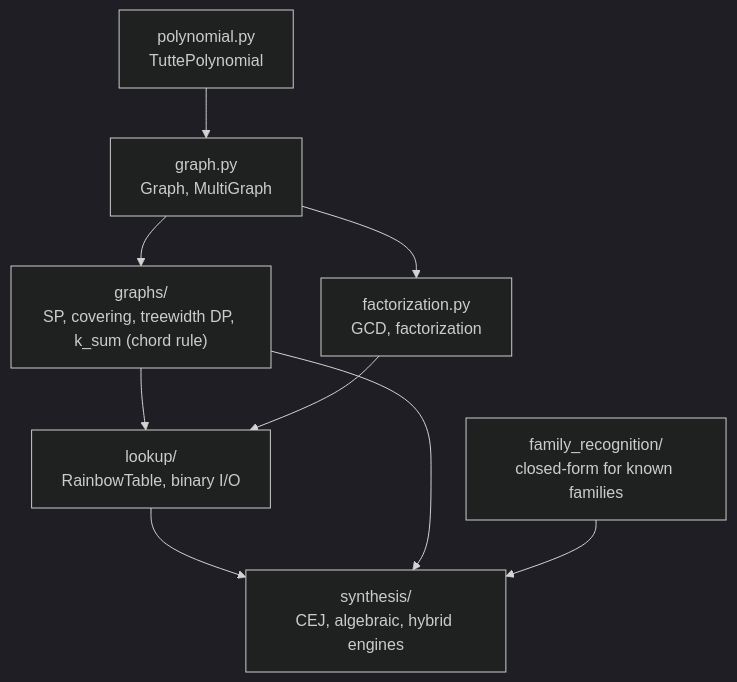
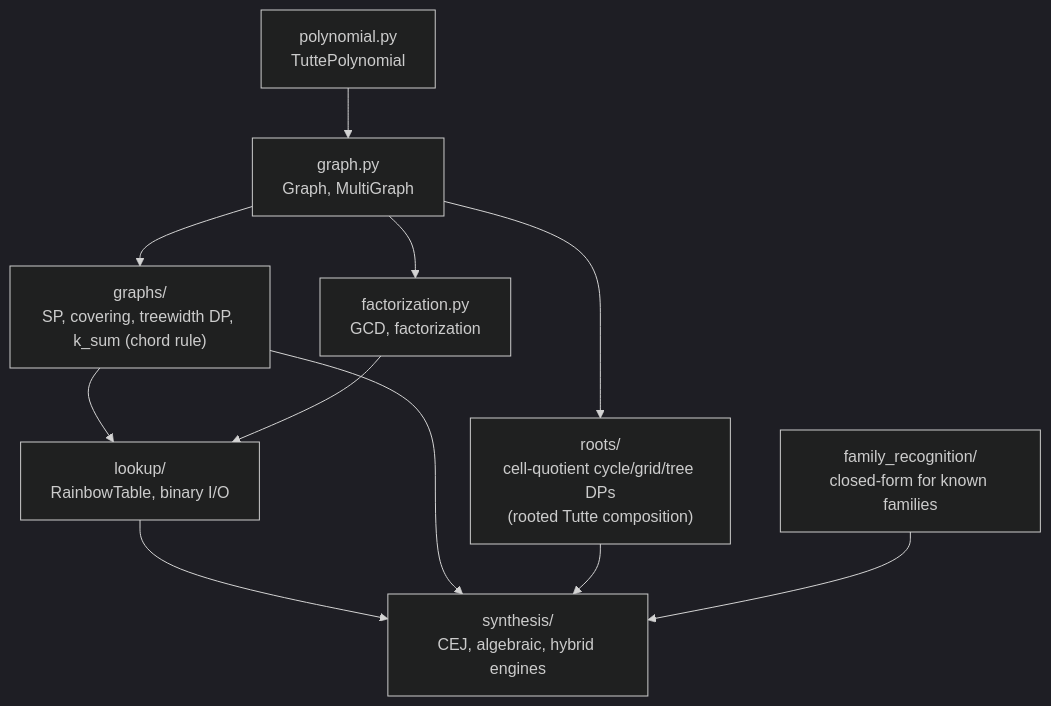
The first of 2 diagrams in tutte/README.md (QuipNetwork/quip-protocol), drawn with Mermaid (dark theme) before and after one commit. The commit also changed other lines of this file and 27 other files, not shown here.

Commit message:
Add new cell quotient paths and optimizations to stage for extension to Zephyr and Pegasus graphs

````diff
--- a/tutte/README.md
+++ b/tutte/README.md
@@ -7,11 +7,13 @@
 ```mermaid
 graph TD
     P["polynomial.py<br/>TuttePolynomial"] --> G["graph.py<br/>Graph, MultiGraph"]
     G --> GR["graphs/<br/>SP, covering, treewidth DP, k_sum (chord rule)"]
     G --> F["factorization.py<br/>GCD, factorization"]
+    G --> RT["roots/<br/>cell-quotient cycle/grid/tree DPs<br/>(rooted Tutte composition)"]
     GR --> L["lookup/<br/>RainbowTable, binary I/O"]
     F --> L
     L --> S["synthesis/<br/>CEJ, algebraic, hybrid engines"]
     GR --> S
+    RT --> S
     FR["family_recognition/<br/>closed-form for known families"] --> S
 ```
````
